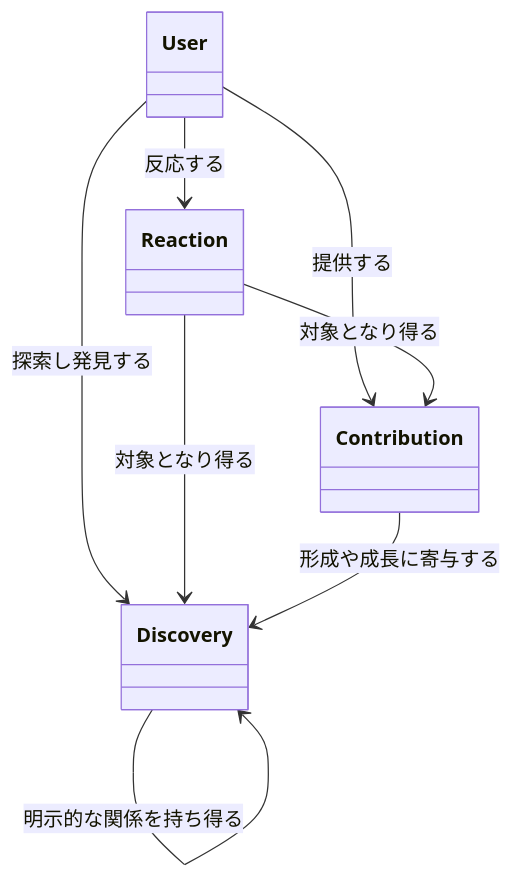
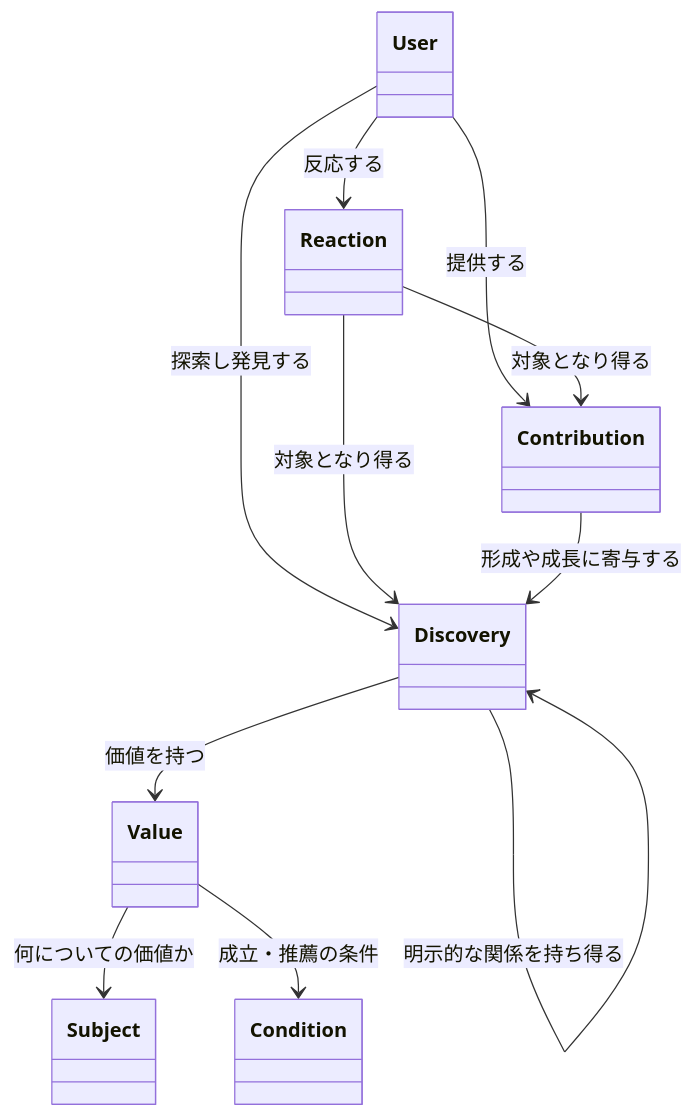
Before and after one commit to ex-day/platform: the first of 6 diagrams in docs/ex-day_domain_model.md, drawn with Mermaid. The commit also changed other lines of this file and 5 other files, not shown here.

````diff
--- a/docs/ex-day_domain_model.md
+++ b/docs/ex-day_domain_model.md
@@ -126,15 +138,21 @@
 ```mermaid
 classDiagram
     class User
     class Discovery
+    class Value
+    class Subject
+    class Condition
     class Contribution
     class Reaction
  
     User --> Discovery : 探索し発見する
     User --> Contribution : 提供する
     User --> Reaction : 反応する
     Reaction --> Discovery : 対象となり得る
     Reaction --> Contribution : 対象となり得る
     Contribution --> Discovery : 形成や成長に寄与する
+    Discovery --> Value : 価値を持つ
+    Value --> Subject : 何についての価値か
+    Value --> Condition : 成立・推薦の条件
     Discovery --> Discovery : 明示的な関係を持ち得る
 ```
````
